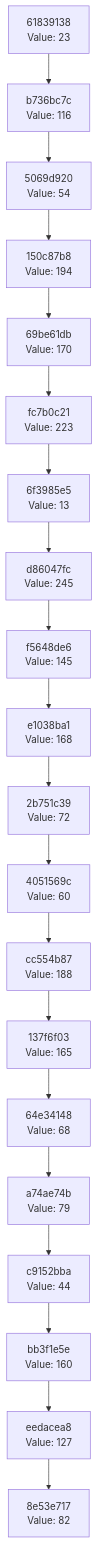
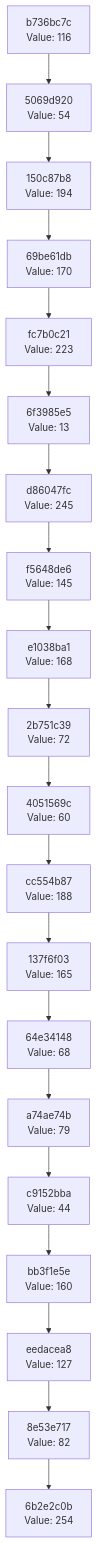
Before and after one commit to Abhisheksinha1506/hash-chain-evolver: the diagram in docs/CHAIN_VISUALIZATION.md, drawn with Mermaid. The commit also changed 2 other files, not shown here.

Commit message:
Evolution step: hash 0xFE → action executed

````diff
--- a/docs/CHAIN_VISUALIZATION.md
+++ b/docs/CHAIN_VISUALIZATION.md
@@ -3,42 +3,42 @@
 ```mermaid
 graph TD
-    C0["8e53e717<br/>Value: 82"]
-    C1["eedacea8<br/>Value: 127"]
+    C0["6b2e2c0b<br/>Value: 254"]
+    C1["8e53e717<br/>Value: 82"]
     C1 --> C0
-    C2["bb3f1e5e<br/>Value: 160"]
+    C2["eedacea8<br/>Value: 127"]
     C2 --> C1
-    C3["c9152bba<br/>Value: 44"]
+    C3["bb3f1e5e<br/>Value: 160"]
     C3 --> C2
-    C4["a74ae74b<br/>Value: 79"]
+    C4["c9152bba<br/>Value: 44"]
     C4 --> C3
-    C5["64e34148<br/>Value: 68"]
+    C5["a74ae74b<br/>Value: 79"]
     C5 --> C4
-    C6["137f6f03<br/>Value: 165"]
+    C6["64e34148<br/>Value: 68"]
     C6 --> C5
-    C7["cc554b87<br/>Value: 188"]
+    C7["137f6f03<br/>Value: 165"]
     C7 --> C6
-    C8["4051569c<br/>Value: 60"]
+    C8["cc554b87<br/>Value: 188"]
     C8 --> C7
-    C9["2b751c39<br/>Value: 72"]
+    C9["4051569c<br/>Value: 60"]
     C9 --> C8
-    C10["e1038ba1<br/>Value: 168"]
+    C10["2b751c39<br/>Value: 72"]
     C10 --> C9
-    C11["f5648de6<br/>Value: 145"]
+    C11["e1038ba1<br/>Value: 168"]
     C11 --> C10
-    C12["d86047fc<br/>Value: 245"]
+    C12["f5648de6<br/>Value: 145"]
     C12 --> C11
-    C13["6f3985e5<br/>Value: 13"]
+    C13["d86047fc<br/>Value: 245"]
     C13 --> C12
-    C14["fc7b0c21<br/>Value: 223"]
+    C14["6f3985e5<br/>Value: 13"]
     C14 --> C13
-    C15["69be61db<br/>Value: 170"]
+    C15["fc7b0c21<br/>Value: 223"]
     C15 --> C14
-    C16["150c87b8<br/>Value: 194"]
+    C16["69be61db<br/>Value: 170"]
     C16 --> C15
-    C17["5069d920<br/>Value: 54"]
+    C17["150c87b8<br/>Value: 194"]
     C17 --> C16
-    C18["b736bc7c<br/>Value: 116"]
+    C18["5069d920<br/>Value: 54"]
     C18 --> C17
-    C19["61839138<br/>Value: 23"]
+    C19["b736bc7c<br/>Value: 116"]
     C19 --> C18
 ```
````
